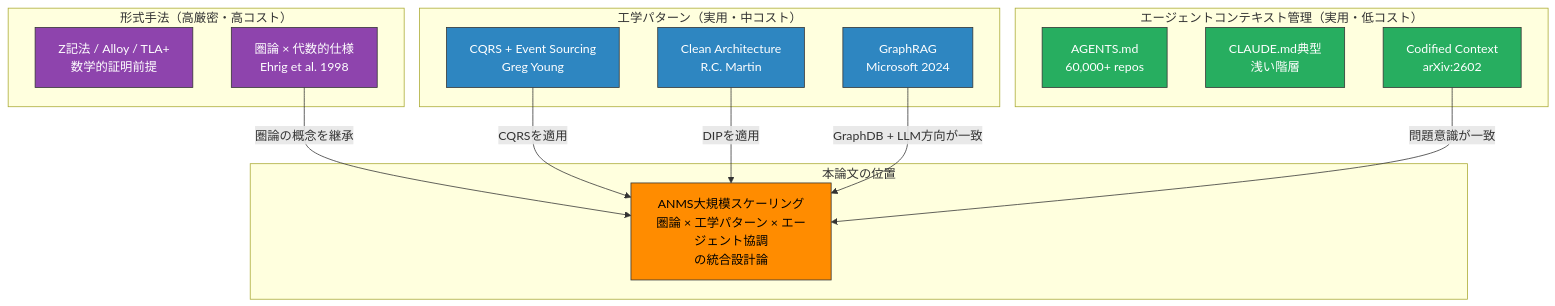
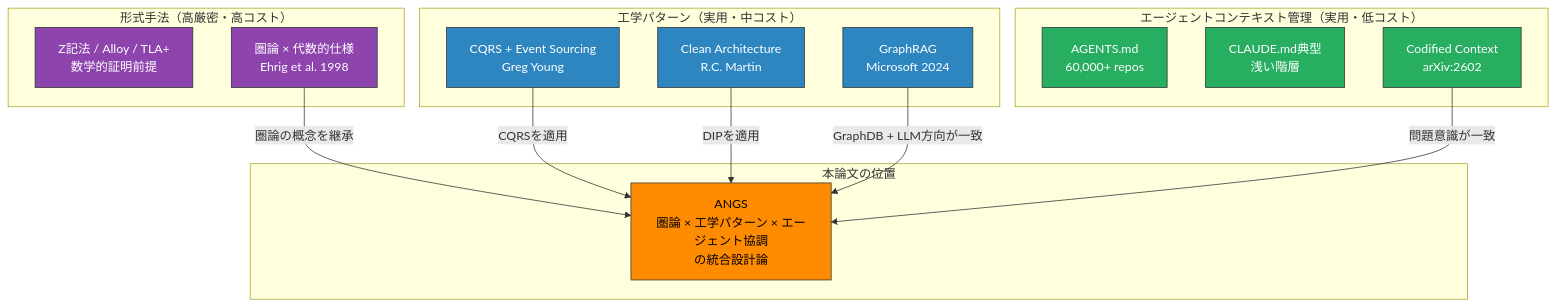
One commit to GoodRelax/claude-code-full-auto-dev changed the fourth of 4 diagrams in anms-template/research/claude-chat-review.md. Above: the diagram before and after it, drawn with Mermaid. The commit also changed other lines of this file and 8 other files, not shown here.

````diff
--- a/anms-template/research/claude-chat-review.md
+++ b/anms-template/research/claude-chat-review.md
@@ -252,34 +252,34 @@
 ```mermaid
 graph TD
     subgraph Formal_Methods["形式手法（高厳密・高コスト）"]
         FM["Z記法 / Alloy / TLA+<br/>数学的証明前提"]:::formal
         CT_Spec["圏論 × 代数的仕様<br/>Ehrig et al. 1998"]:::formal
     end
 
     subgraph Engineering_Patterns["工学パターン（実用・中コスト）"]
         CQRS_ES["CQRS + Event Sourcing<br/>Greg Young"]:::pattern
         CA["Clean Architecture<br/>R.C. Martin"]:::pattern
         GraphRAG["GraphRAG<br/>Microsoft 2024"]:::pattern
     end
 
     subgraph Agentic_Context["エージェントコンテキスト管理（実用・低コスト）"]
         AGENTS["AGENTS.md<br/>60,000+ repos"]:::agent
         CLAUDE_md["CLAUDE.md典型<br/>浅い階層"]:::agent
         Codified["Codified Context<br/>arXiv:2602"]:::agent
     end
 
     subgraph This_Paper["本論文の位置"]
-        BigANMS["ANMS大規模スケーリング<br/>圏論 × 工学パターン × エージェント協調<br/>の統合設計論"]:::anms
+        ANGS_pos["ANGS<br/>圏論 × 工学パターン × エージェント協調<br/>の統合設計論"]:::anms
     end
 
-    CT_Spec -->|圏論の概念を継承| BigANMS
-    CQRS_ES -->|CQRSを適用| BigANMS
-    CA -->|DIPを適用| BigANMS
-    GraphRAG -->|GraphDB + LLM方向が一致| BigANMS
-    Codified -->|問題意識が一致| BigANMS
+    CT_Spec -->|圏論の概念を継承| ANGS_pos
+    CQRS_ES -->|CQRSを適用| ANGS_pos
+    CA -->|DIPを適用| ANGS_pos
+    GraphRAG -->|GraphDB + LLM方向が一致| ANGS_pos
+    Codified -->|問題意識が一致| ANGS_pos
 
     classDef formal fill:#8e44ad,stroke:#333,color:#fff
     classDef pattern fill:#2e86c1,stroke:#333,color:#fff
     classDef agent fill:#27ae60,stroke:#333,color:#fff
     classDef anms fill:#FF8C00,stroke:#333,color:#000
 ```
````
